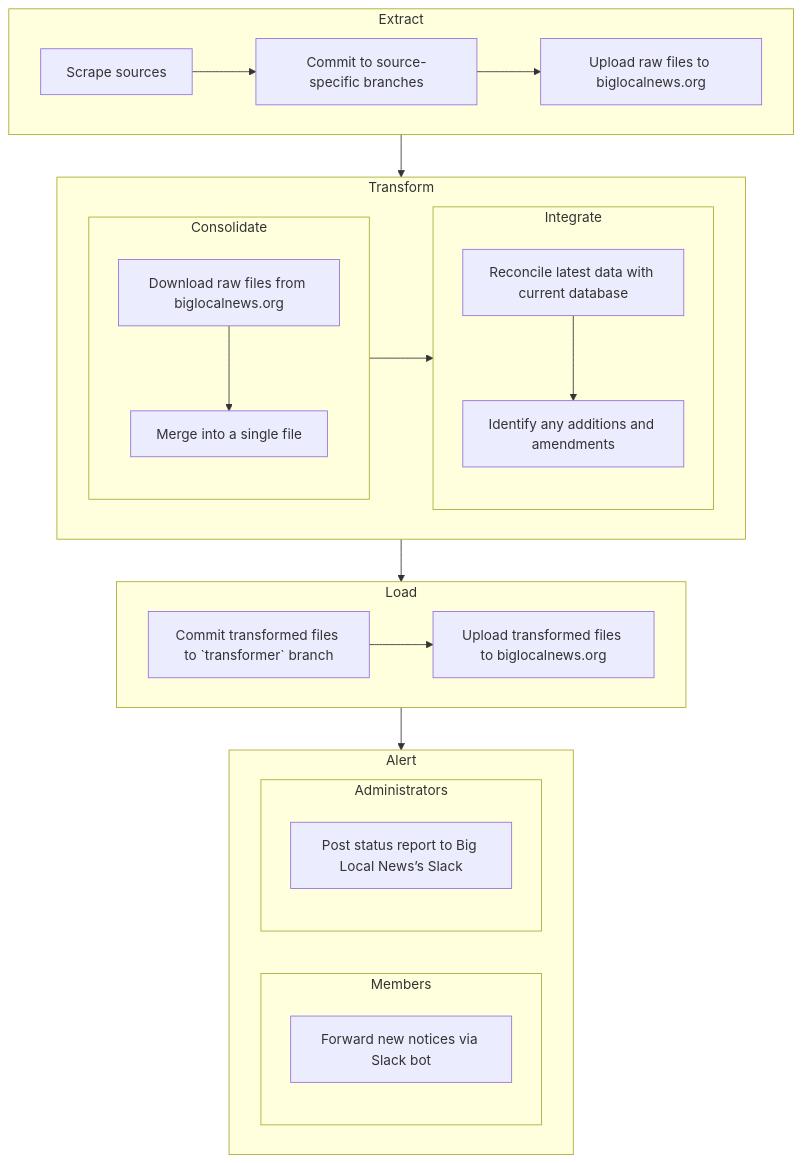
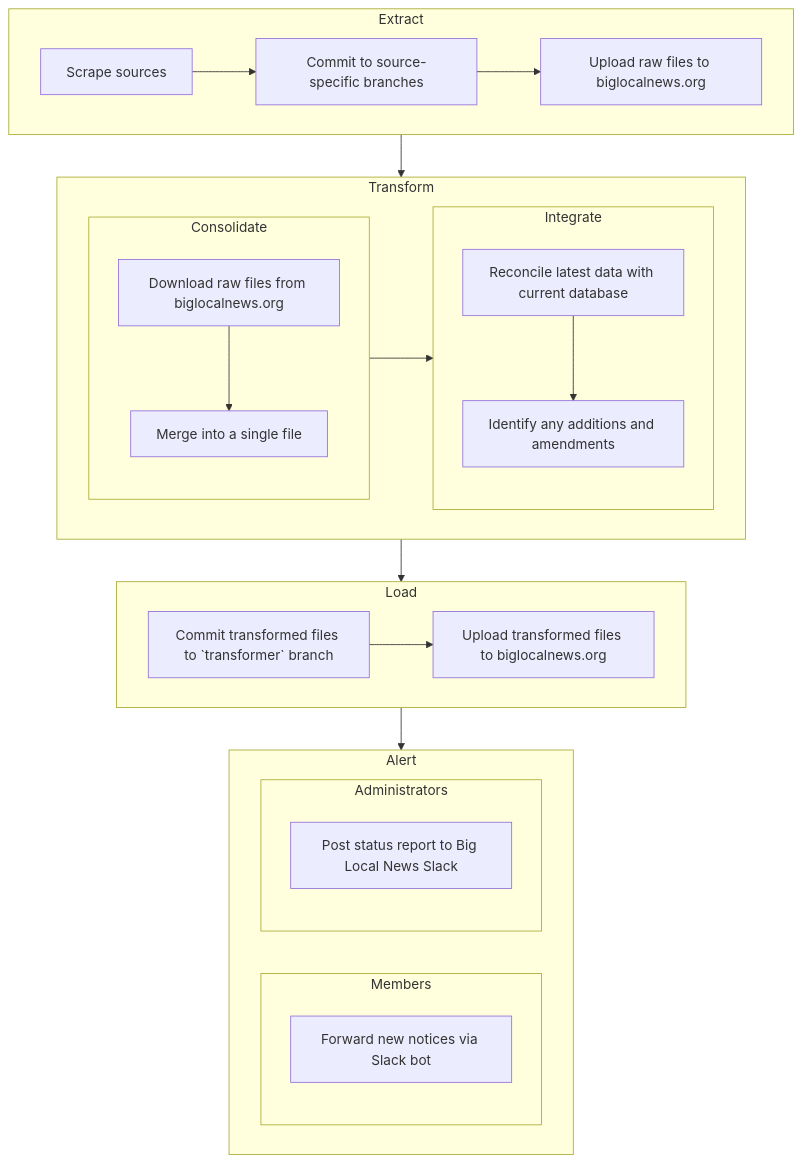
One commit to biglocalnews/warn-github-flow changed the diagram in README.md. Above: the diagram before and after it, drawn with Mermaid.

````diff
--- a/README.md
+++ b/README.md
@@ -12,31 +12,31 @@
 ```mermaid
 flowchart TB
     subgraph Extract
     A[Scrape sources] --> B[Commit to source-specific branches]
     B --> C[Upload raw files to biglocalnews.org]
     end
     subgraph Transform
     subgraph Consolidate
     D[Download raw files from biglocalnews.org] --> E[Merge into a single file]
     end
     subgraph Integrate
         F[Reconcile latest data with current database]
         F --> G[Identify any additions and amendments]
     end
     end
     subgraph Load
     H[Commit transformed files to `transformer` branch] --> I[Upload transformed files to biglocalnews.org]
     end
     subgraph Alert
     subgraph Members
     L[Forward new notices via Slack bot]
     end
     subgraph Administrators
-    J[Post status report to Big Local News’s Slack]
+    J[Post status report to Big Local News Slack]
     end
     end
     Extract --> Transform
     Consolidate --> Integrate
     Transform --> Load
     Load --> Alert
 ```
````
